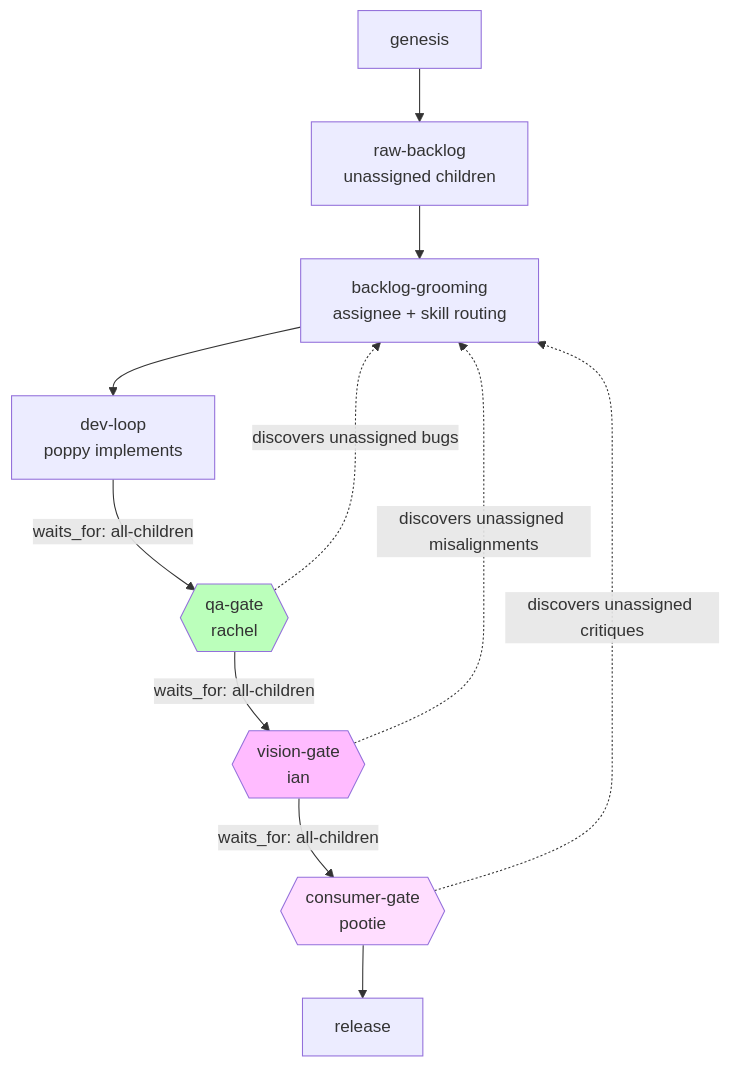
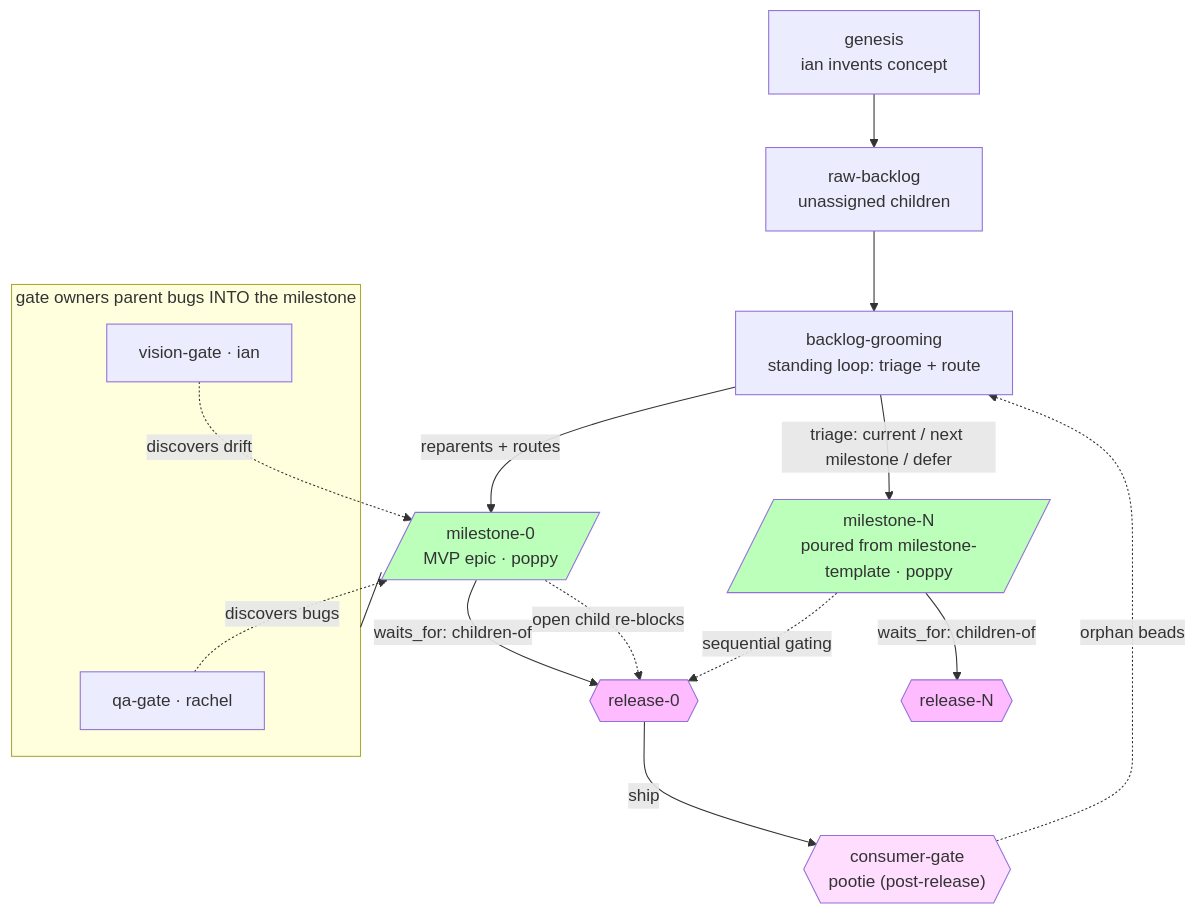
Before and after one commit to mcanevet/mythic-quest: the diagram in README.md, drawn with Mermaid. The commit also changed other lines of this file and 3 other files, not shown here.

First line of the commit message:
milestone workflow v2: declarative anatomy + convergent waits_for gates

````diff
--- a/README.md
+++ b/README.md
@@ -15,20 +15,35 @@
 ```mermaid
 flowchart TD
-    GEN[genesis] --> RAW[raw-backlog<br/>unassigned children]
-    RAW --> GROOM[backlog-grooming<br/>assignee + skill routing]
-    GROOM --> DEV[dev-loop<br/>poppy implements]
-    DEV -->|"waits_for: all-children"| QAG{{"qa-gate<br/>rachel"}}
-    QAG -->|"waits_for: all-children"| VIG{{"vision-gate<br/>ian"}}
-    VIG -->|"waits_for: all-children"| CG{{"consumer-gate<br/>pootie"}}
-    CG --> REL[release]
+    GEN[genesis<br/>ian invents concept] --> RAW[raw-backlog<br/>unassigned children]
+    RAW --> GROOM[backlog-grooming<br/>standing loop: triage + route]
+    GROOM -->|"reparents + routes"| M0[/milestone-0<br/>MVP epic · poppy/]
+    M0 -->|"waits_for: children-of"| REL0{{release-0}}
+    REL0 -->|"ship"| CUST{{"consumer-gate<br/>pootie (post-release)"}}
 
-    %% Rework loops: gate owners discover unassigned bugs as children;
-    %% backlog-grooming routes them, dev-loop fixes them
-    QAG -.->|"discovers unassigned bugs"| GROOM
-    VIG -.->|"discovers unassigned misalignments"| GROOM
-    CG -.->|"discovers unassigned critiques"| GROOM
+    %% Milestones are POURED from milestone-template.formula.toml at runtime
+    %% (count unknowable at pour time); game-run.formula.toml holds only the
+    %% cross-milestone glue. Sequential gating is one dep-add per milestone.
+    %% Gates are concurrent observers, children of the milestone
+    subgraph gates [gate owners parent bugs INTO the milestone]
+        QAG["qa-gate · rachel"]
+        VIG["vision-gate · ian"]
+    end
+    M0 --- gates
 
-    style QAG fill:#bfb
-    style VIG fill:#fbf
-    style CG fill:#fdf
+    %% Convergence: any open child re-blocks the release
+    QAG -.->|"discovers bugs"| M0
+    VIG -.->|"discovers drift"| M0
+    M0 -.->|"open child re-blocks"| REL0
+
+    %% Post-release critique: orphans, triaged by grooming
+    CUST -.->|"orphan beads"| GROOM
+    GROOM -->|"triage: current / next milestone / defer"| M1[/milestone-N<br/>poured from milestone-template · poppy/]
+    M1 -.->|"sequential gating"| REL0
+    M1 -->|"waits_for: children-of"| RELN{{release-N}}
+
+    style M0 fill:#bfb
+    style M1 fill:#bfb
+    style REL0 fill:#fbf
+    style RELN fill:#fbf
+    style CUST fill:#fdf
 ```
````
